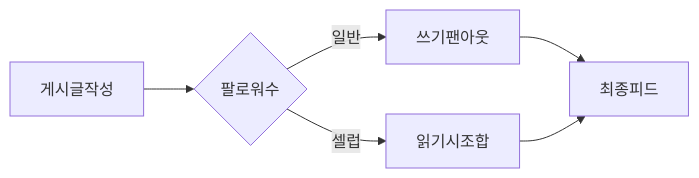
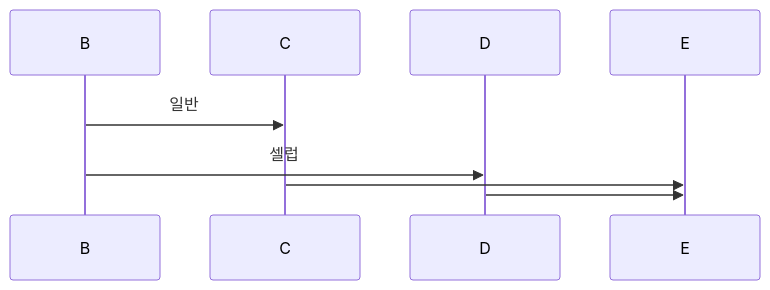
One commit to yjkim2015/yjkim2015.github.io changed the third of 6 diagrams in _posts/systemdesign/2026-05-02-system-design-newsfeed.md. Above: the diagram before and after it, drawn with Mermaid. The commit also changed 89 other files, not shown here.

First line of the commit message:
복잡한 flowchart 163개 → sequenceDiagram 변환 (90파일)

````diff
--- a/_posts/systemdesign/2026-05-02-system-design-newsfeed.md
+++ b/_posts/systemdesign/2026-05-02-system-design-newsfeed.md
@@ -151,7 +151,7 @@
 ```mermaid
-graph LR
-    A[게시글작성] --> B{팔로워수}
-    B -->|일반| C[쓰기팬아웃]
-    B -->|셀럽| D[읽기시조합]
-    C & D --> E[최종피드]
+sequenceDiagram
+    B->>C: 일반
+    B->>D: 셀럽
+    C->>E: 
+    D->>E: 
 ```
````
